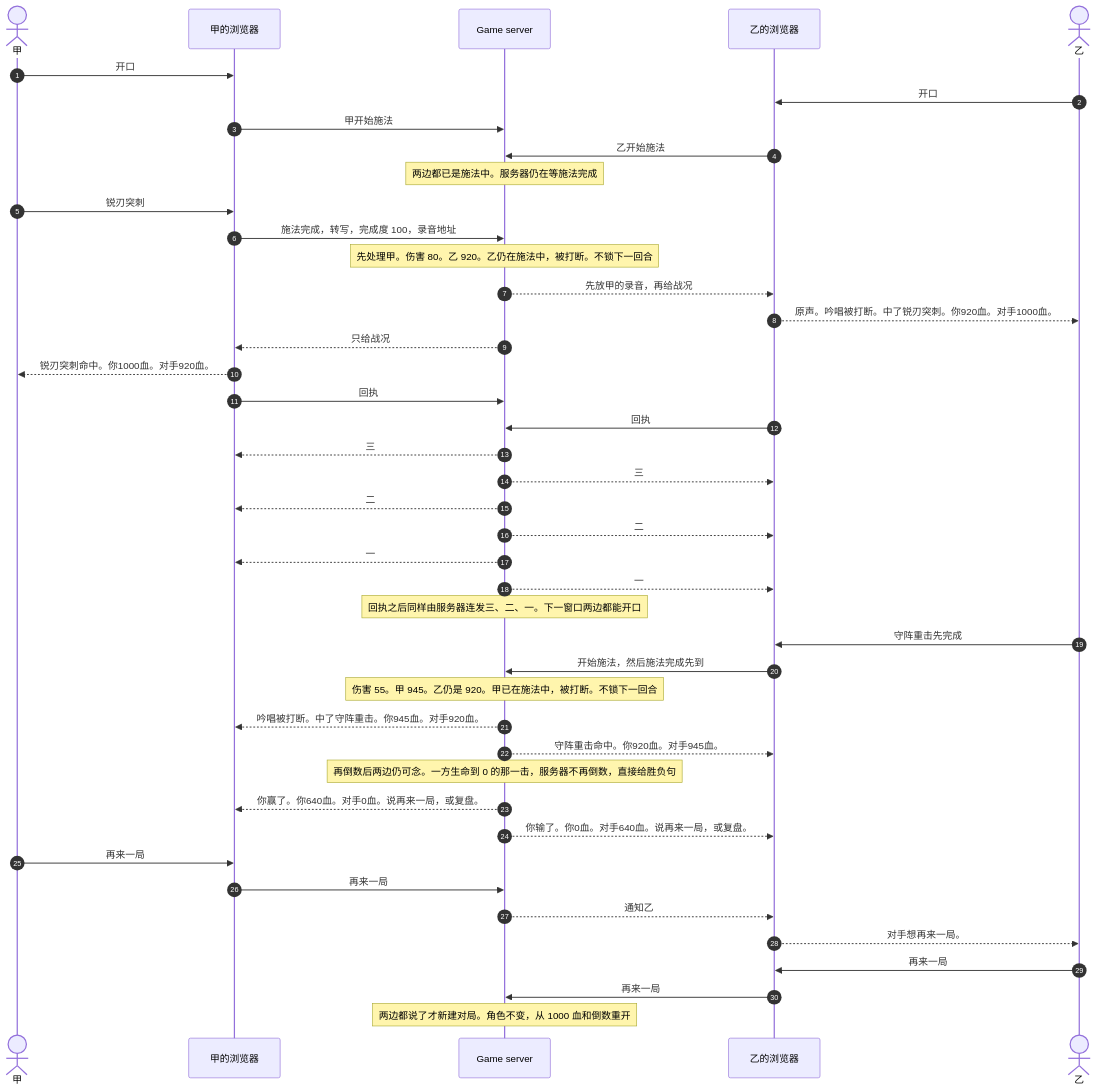
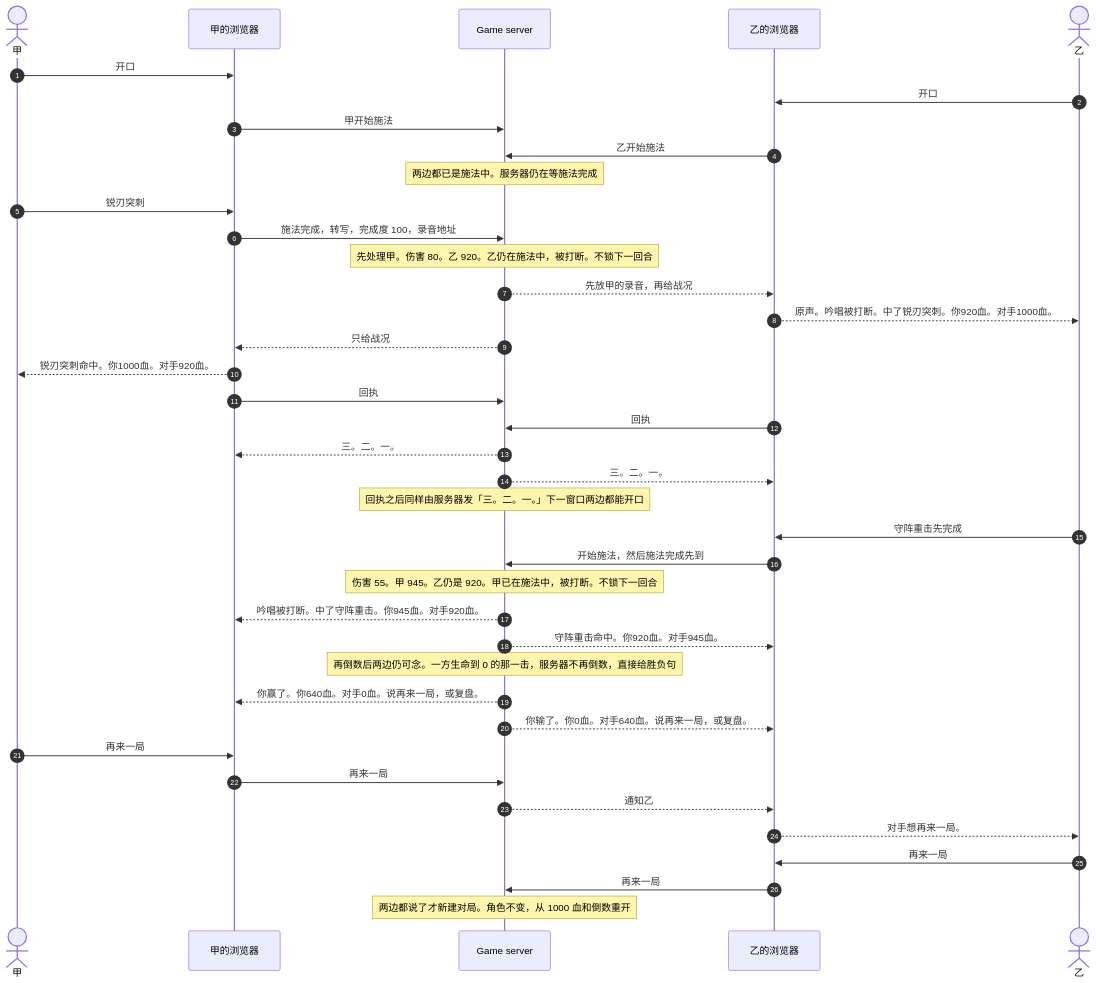
One commit to wilcosheh/lieyanliaoyuan changed the second of 6 diagrams in docs/交互设计.md. Above: the diagram before and after it, drawn with Mermaid. The commit also changed other lines of this file and 6 other files, not shown here.

````diff
--- a/docs/交互设计.md
+++ b/docs/交互设计.md
@@ -297,46 +297,42 @@
 ```mermaid
 sequenceDiagram
     autonumber
     actor 甲
     participant WA as 甲的浏览器
     participant GS as Game server
     participant WB as 乙的浏览器
     actor 乙
 
     甲->>WA: 开口
     乙->>WB: 开口
     WA->>GS: 甲开始施法
     WB->>GS: 乙开始施法
     Note over GS: 两边都已是施法中。服务器仍在等施法完成
     甲->>WA: 锐刃突刺
     WA->>GS: 施法完成，转写，完成度 100，录音地址
     Note over GS: 先处理甲。伤害 80。乙 920。乙仍在施法中，被打断。不锁下一回合
     GS-->>WB: 先放甲的录音，再给战况
     WB-->>乙: 原声。吟唱被打断。中了锐刃突刺。你920血。对手1000血。
     GS-->>WA: 只给战况
     WA-->>甲: 锐刃突刺命中。你1000血。对手920血。
     WA->>GS: 回执
     WB->>GS: 回执
-    GS-->>WA: 三
-    GS-->>WB: 三
-    GS-->>WA: 二
-    GS-->>WB: 二
-    GS-->>WA: 一
-    GS-->>WB: 一
-    Note over GS: 回执之后同样由服务器连发三、二、一。下一窗口两边都能开口
+    GS-->>WA: 三。二。一。
+    GS-->>WB: 三。二。一。
+    Note over GS: 回执之后同样由服务器发「三。二。一。」下一窗口两边都能开口
     乙->>WB: 守阵重击先完成
     WB->>GS: 开始施法，然后施法完成先到
     Note over GS: 伤害 55。甲 945。乙仍是 920。甲已在施法中，被打断。不锁下一回合
     GS-->>WA: 吟唱被打断。中了守阵重击。你945血。对手920血。
     GS-->>WB: 守阵重击命中。你920血。对手945血。
     Note over GS: 再倒数后两边仍可念。一方生命到 0 的那一击，服务器不再倒数，直接给胜负句
     GS-->>WA: 你赢了。你640血。对手0血。说再来一局，或复盘。
     GS-->>WB: 你输了。你0血。对手640血。说再来一局，或复盘。
     甲->>WA: 再来一局
     WA->>GS: 再来一局
     GS-->>WB: 通知乙
     WB-->>乙: 对手想再来一局。
     乙->>WB: 再来一局
     WB->>GS: 再来一局
     Note over GS: 两边都说了才新建对局。角色不变，从 1000 血和倒数重开
 ```
````
